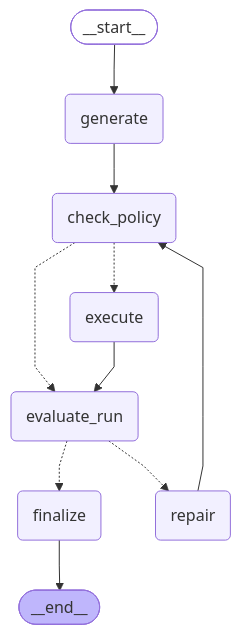
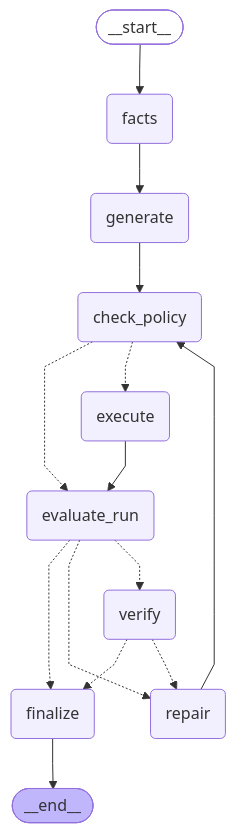
One commit to JMJJ-projects/sim-agent changed the diagram in docs/graph.mmd. Above: the diagram before and after it, drawn with Mermaid. The commit also changed 5 other files, not shown here.

```diff
--- a/docs/graph.mmd
+++ b/docs/graph.mmd
@@ -1,26 +1,32 @@
 ---
 config:
   flowchart:
     curve: linear
 ---
 graph TD;
 	__start__([<p>__start__</p>]):::first
+	facts(facts)
 	generate(generate)
 	check_policy(check_policy)
 	execute(execute)
 	evaluate_run(evaluate_run)
+	verify(verify)
 	repair(repair)
 	finalize(finalize)
 	__end__([<p>__end__</p>]):::last
-	__start__ --> generate;
+	__start__ --> facts;
 	check_policy -.-> evaluate_run;
 	check_policy -.-> execute;
 	evaluate_run -.-> finalize;
 	evaluate_run -.-> repair;
+	evaluate_run -.-> verify;
 	execute --> evaluate_run;
+	facts --> generate;
 	generate --> check_policy;
 	repair --> check_policy;
+	verify -.-> finalize;
+	verify -.-> repair;
 	finalize --> __end__;
 	classDef default fill:#f2f0ff,line-height:1.2
 	classDef first fill-opacity:0
 	classDef last fill:#bfb6fc
```
